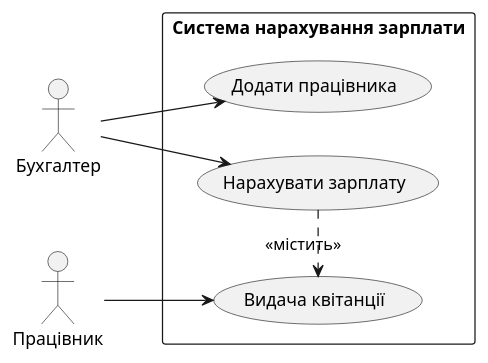
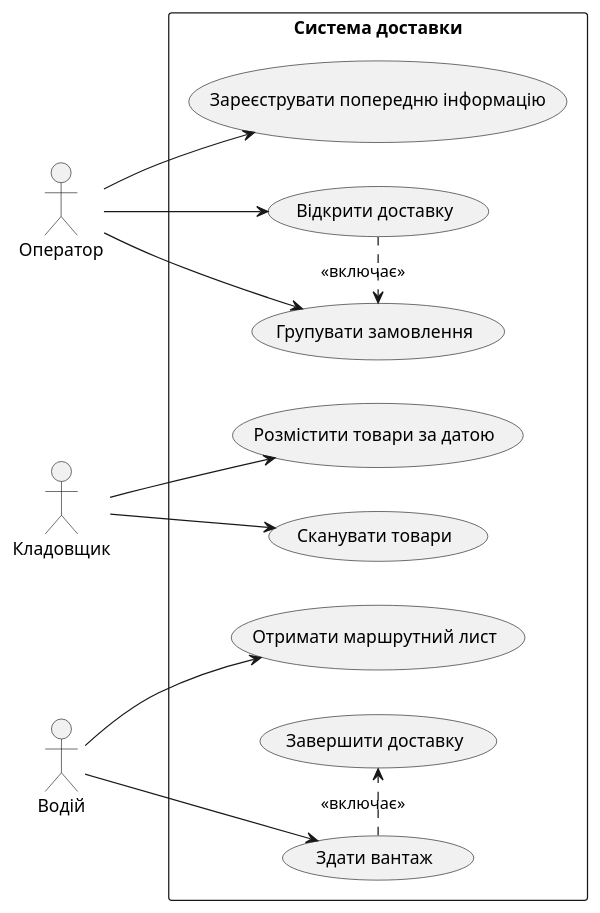
One commit to DenisPrimeUltraFullHD/oop-samples-25 changed the diagram in docs/usecase.puml. Above: the diagram before and after it, drawn with PlantUML. The commit also changed 8 other files, not shown here.

```diff
--- a/docs/usecase.puml
+++ b/docs/usecase.puml
@@ -1,15 +1,26 @@
 @startuml
-actor Бухгалтер
-actor Працівник
+actor Оператор
+actor Кладовщик
+actor Водій
 left to right direction
-rectangle "Система нарахування зарплати" {
-    usecase "Додати працівника" as UC_AddEmployees
-    usecase "Нарахувати зарплату" as UC_ProcessPayroll
-    usecase "Видача квітанції" as UC_DisplayPayCheckInfo
+rectangle "Система доставки" {
+    usecase "Зареєструвати попередню інформацію" as UC_RegisterPreInfo
+    usecase "Відкрити доставку" as UC_OpenDelivery
+    usecase "Групувати замовлення" as UC_GroupOrders
+    usecase "Сканувати товари" as UC_ScanGoods
+    usecase "Розмістити товари за датою" as UC_PlaceGoodsByDate
+    usecase "Здати вантаж" as UC_HandoverCargo
+    usecase "Отримати маршрутний лист" as UC_GetRouteSheet
+    usecase "Завершити доставку" as UC_CompleteDelivery
 }
 
-Бухгалтер --> UC_AddEmployees
-Бухгалтер --> UC_ProcessPayroll
-Працівник --> UC_DisplayPayCheckInfo
-UC_ProcessPayroll .> UC_DisplayPayCheckInfo : <<містить>>
+Оператор --> UC_RegisterPreInfo
+Оператор --> UC_OpenDelivery
+Оператор --> UC_GroupOrders
+Кладовщик --> UC_ScanGoods
+Кладовщик --> UC_PlaceGoodsByDate
+Водій --> UC_HandoverCargo
+Водій --> UC_GetRouteSheet
+UC_OpenDelivery .> UC_GroupOrders : <<включає>>
+UC_HandoverCargo .> UC_CompleteDelivery : <<включає>>
 @enduml
```
